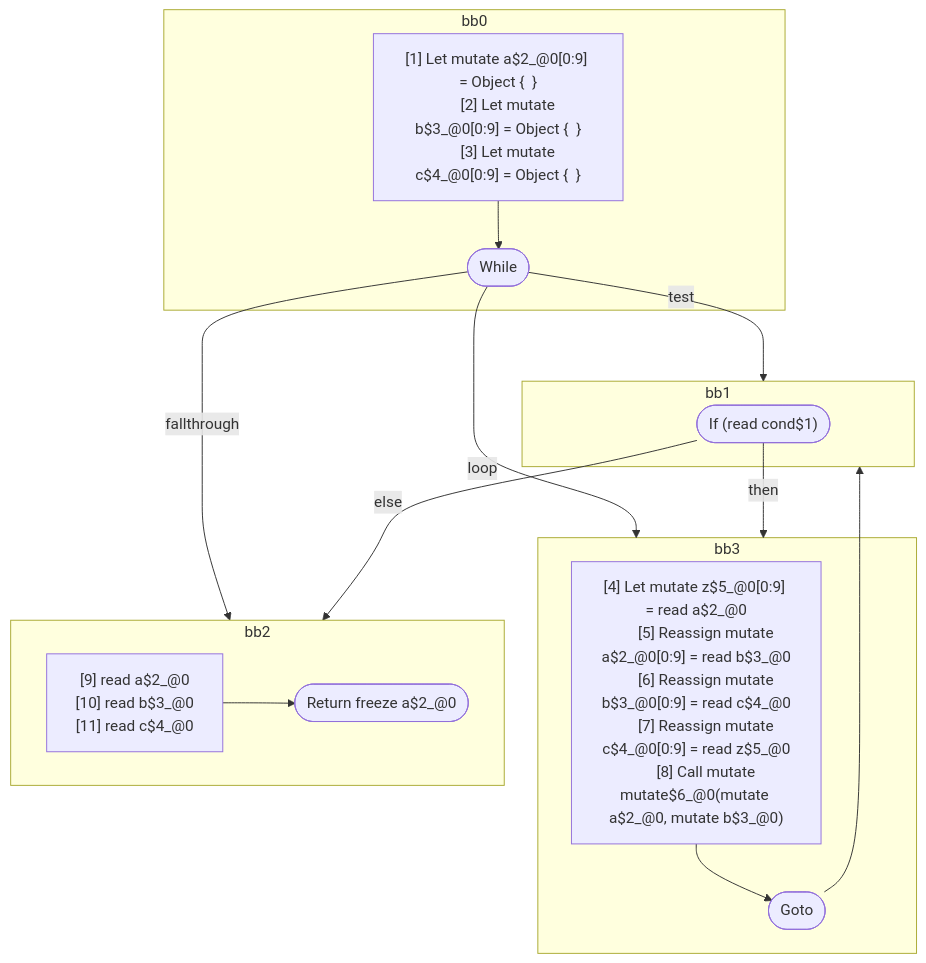
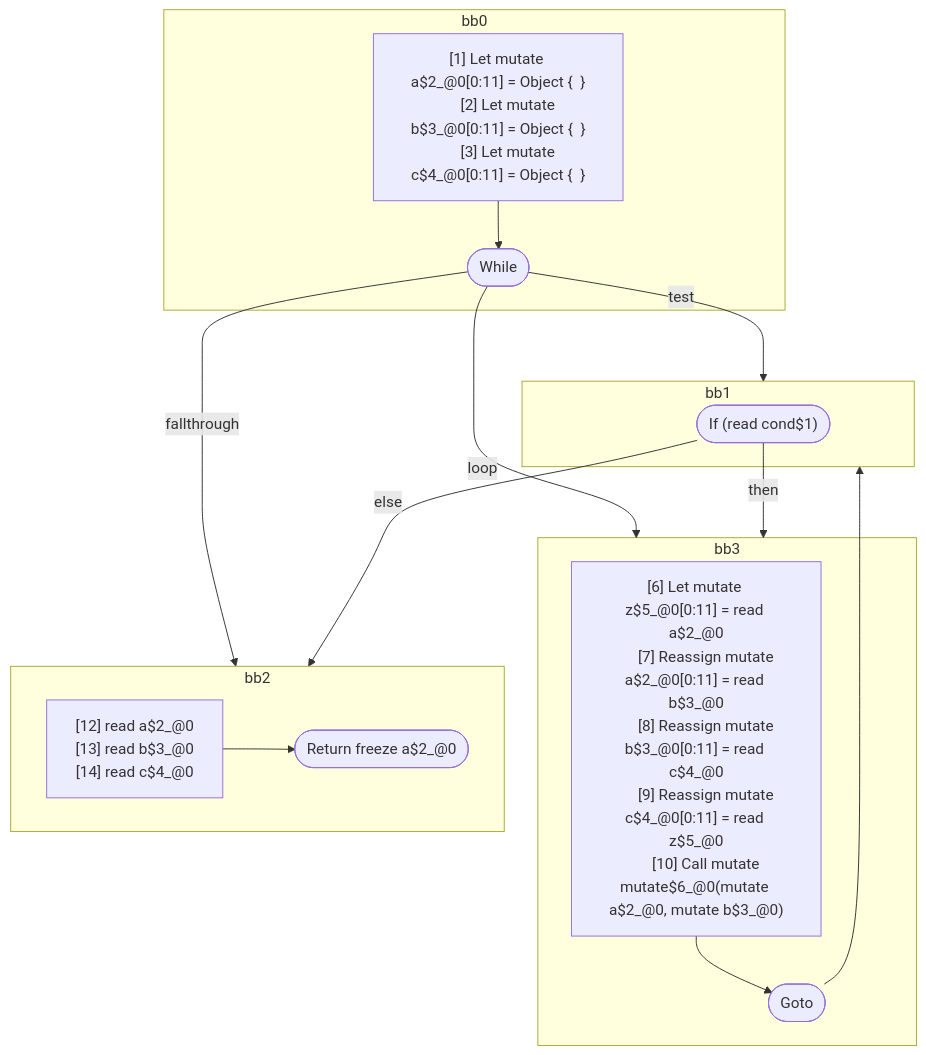
Before and after one commit to wutsmog/private: the first of 2 diagrams in compiler/forget/src/__tests__/fixtures/hir/alias-while.expect.md, drawn with Mermaid. The commit also changed other lines of this file and 61 other files, not shown here.

````diff
--- a/compiler/forget/src/__tests__/fixtures/hir/alias-while.expect.md
+++ b/compiler/forget/src/__tests__/fixtures/hir/alias-while.expect.md
@@ -55,42 +55,42 @@
 ```mermaid
 flowchart TB
   %% Basic Blocks
   subgraph bb0
     bb0_instrs["
-      [1] Let mutate a$2_@0[0:9] = Object {  }
-      [2] Let mutate b$3_@0[0:9] = Object {  }
-      [3] Let mutate c$4_@0[0:9] = Object {  }
+      [1] Let mutate a$2_@0[0:11] = Object {  }
+      [2] Let mutate b$3_@0[0:11] = Object {  }
+      [3] Let mutate c$4_@0[0:11] = Object {  }
     "]
     bb0_instrs --> bb0_terminal(["While"])
   end
   subgraph bb1
     bb1_terminal(["If (read cond$1)"])
   end
   subgraph bb3
     bb3_instrs["
-      [4] Let mutate z$5_@0[0:9] = read a$2_@0
-      [5] Reassign mutate a$2_@0[0:9] = read b$3_@0
-      [6] Reassign mutate b$3_@0[0:9] = read c$4_@0
-      [7] Reassign mutate c$4_@0[0:9] = read z$5_@0
-      [8] Call mutate mutate$6_@0(mutate a$2_@0, mutate b$3_@0)
+      [6] Let mutate z$5_@0[0:11] = read a$2_@0
+      [7] Reassign mutate a$2_@0[0:11] = read b$3_@0
+      [8] Reassign mutate b$3_@0[0:11] = read c$4_@0
+      [9] Reassign mutate c$4_@0[0:11] = read z$5_@0
+      [10] Call mutate mutate$6_@0(mutate a$2_@0, mutate b$3_@0)
     "]
     bb3_instrs --> bb3_terminal(["Goto"])
   end
   subgraph bb2
     bb2_instrs["
-      [9] read a$2_@0
-      [10] read b$3_@0
-      [11] read c$4_@0
+      [12] read a$2_@0
+      [13] read b$3_@0
+      [14] read c$4_@0
     "]
     bb2_instrs --> bb2_terminal(["Return freeze a$2_@0"])
   end
 
   %% Jumps
   bb0_terminal -- "test" --> bb1
   bb0_terminal -- "loop" --> bb3
   bb0_terminal -- "fallthrough" --> bb2
   bb1_terminal -- "then" --> bb3
   bb1_terminal -- "else" --> bb2
   bb3_terminal --> bb1
 
 ```
````
